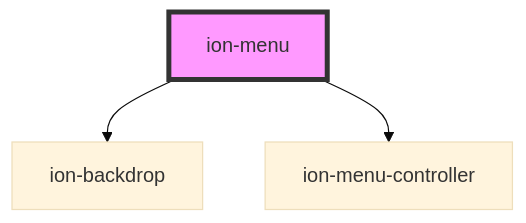
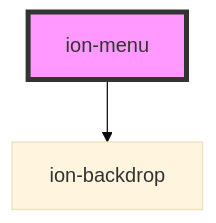
The diagram in core/src/components/menu/readme.md (fattycrocodile/ionic-frameworks), drawn with Mermaid (base theme) before and after one commit. The commit also changed other lines of this file and 70 other files, not shown here.

````diff
--- a/core/src/components/menu/readme.md
+++ b/core/src/components/menu/readme.md
@@ -472,6 +471,5 @@
 ```mermaid
 graph TD;
   ion-menu --> ion-backdrop
-  ion-menu --> ion-menu-controller
   style ion-menu fill:#f9f,stroke:#333,stroke-width:4px
 ```
````
